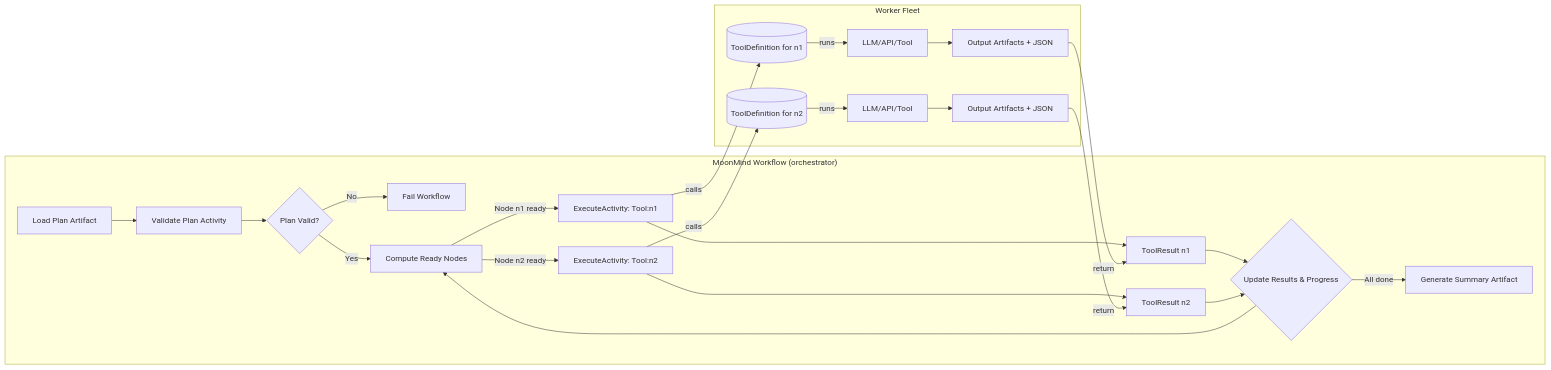
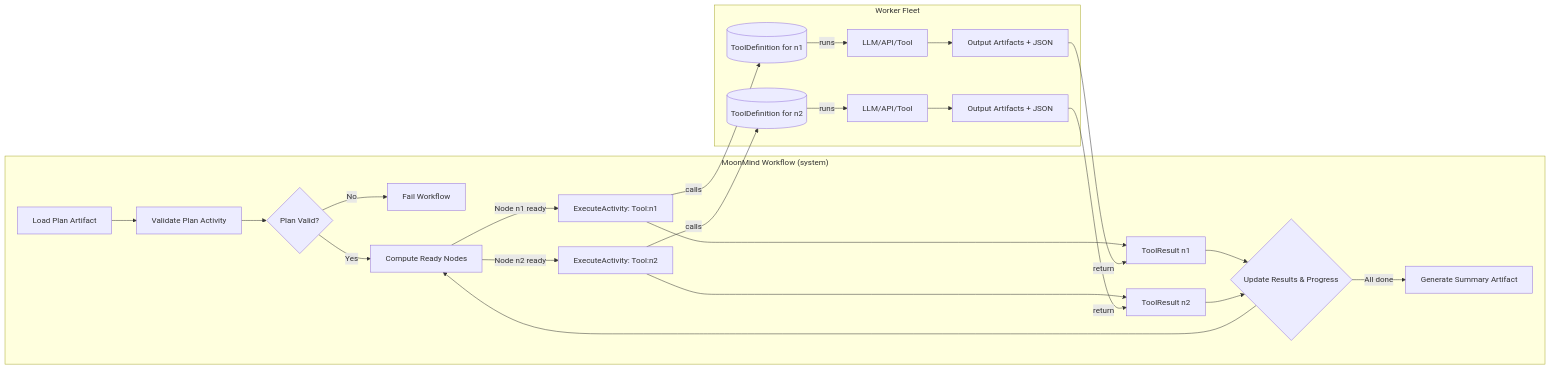
Before and after one commit to MoonLadderStudios/MoonMind: the diagram in docs/Tasks/SkillAndPlanEvolution.md, drawn with Mermaid. The commit also changed other lines of this file and 53 other files, not shown here.

````diff
--- a/docs/Tasks/SkillAndPlanEvolution.md
+++ b/docs/Tasks/SkillAndPlanEvolution.md
@@ -148,27 +148,27 @@
 ```mermaid
 flowchart LR
-  subgraph Workflow["MoonMind Workflow (orchestrator)"]
+  subgraph Workflow["MoonMind Workflow (system)"]
     A[Load Plan Artifact] --> B[Validate Plan Activity]
     B --> C{Plan Valid?}
     C -- No --> E[Fail Workflow]
     C -- Yes --> D[Compute Ready Nodes]
     D -->|Node n1 ready| A1["ExecuteActivity: Tool:n1"]
     D -->|Node n2 ready| A2["ExecuteActivity: Tool:n2"]
     A1 --> F1[ToolResult n1]
     A2 --> F2[ToolResult n2]
     F1 & F2 --> U{"Update Results & Progress"}
     U --> D
     U -->|All done| G[Generate Summary Artifact]
   end
 
   subgraph Activities["Worker Fleet"]
     A1 -->|calls| X1[("ToolDefinition for n1")]
     A2 -->|calls| X2[("ToolDefinition for n2")]
     X1 -->|runs| Y1["LLM/API/Tool"]
     X2 -->|runs| Y2["LLM/API/Tool"]
     Y1 --> Z1[Output Artifacts + JSON]
     Y2 --> Z2[Output Artifacts + JSON]
     Z1 -->|return| F1
     Z2 -->|return| F2
   end
 ```
````
